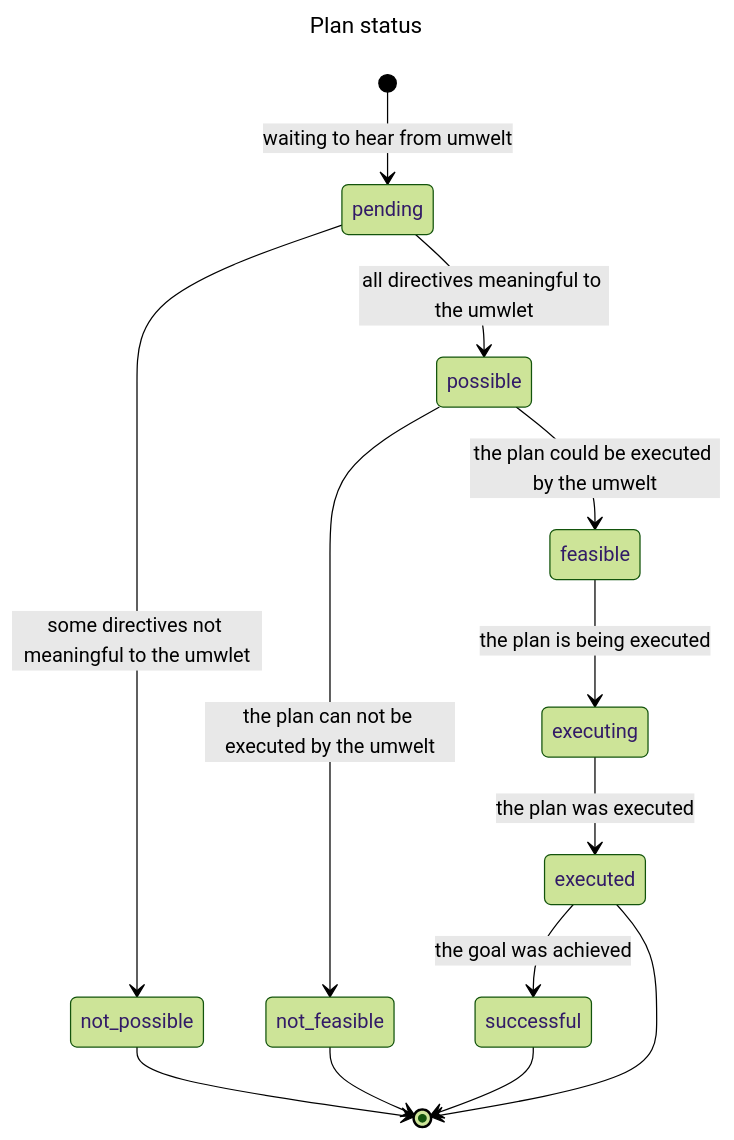
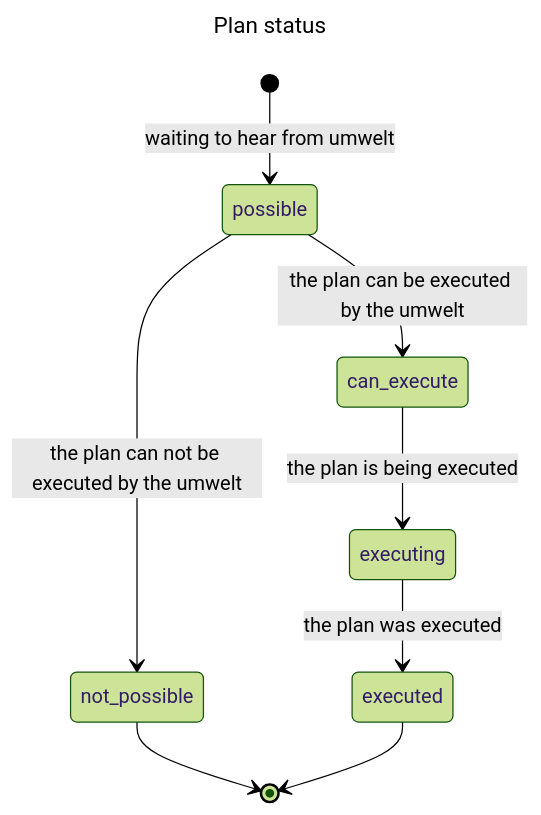
One commit to jfcloutier/karma_system changed the second of 2 diagrams in design_notes/acting.md. Above: the diagram before and after it, drawn with Mermaid (forest theme). The commit also changed other lines of this file and 1 other file, not shown here.

Commit message:
Cleaned upd plan status

````diff
--- a/design_notes/acting.md
+++ b/design_notes/acting.md
@@ -309,18 +306,13 @@
 ```mermaid
 ---
 title: Plan status
 ---
 stateDiagram-v2
-  [*] --> pending : waiting to hear from umwelt
-  pending --> possible : all directives meaningful to the umwlet
-  pending --> not_possible : some directives not meaningful to the umwlet
+  [*] --> possible : waiting to hear from umwelt
+  possible --> not_possible : the plan can not be executed by the umwelt
   not_possible --> [*]
-  possible --> feasible : the plan could be executed by the umwelt
-  possible --> not_feasible : the plan can not be executed by the umwelt
-  not_feasible --> [*]
-  feasible --> executing : the plan is being executed
+  possible --> can_execute : the plan can be executed by the umwelt
+  can_execute --> executing : the plan is being executed
   executing --> executed : the plan was executed
-  executed --> successful : the goal was achieved
-  successful --> [*]
   executed --> [*]
 ```
````
